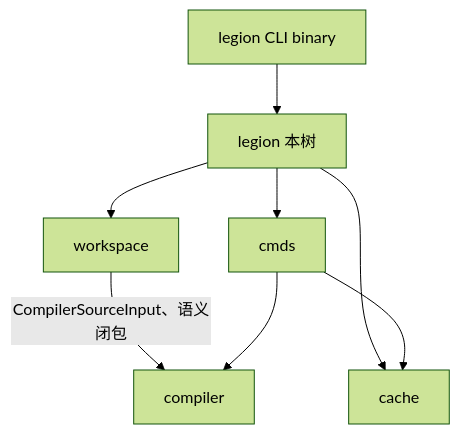
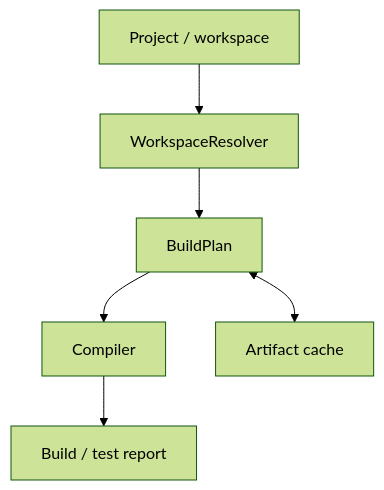
Before and after one commit to nyar-vm/nyar-vm: the diagram in projects/nyar.rs/languages/rusty-valkyrie/src/legion/readme.md, drawn with Mermaid (forest theme). The commit also changed other lines of this file and 26 other files, not shown here.

Commit message:
♻️ Expose a programmatic Legion plan/compile API and remove the argv CLI module

````diff
--- a/projects/nyar.rs/languages/rusty-valkyrie/src/legion/readme.md
+++ b/projects/nyar.rs/languages/rusty-valkyrie/src/legion/readme.md
@@ -7,17 +7,12 @@
 ```mermaid
 flowchart TB
-  cli[legion CLI binary]
-  legion[legion 本树]
-  ws[workspace]
-  cache[cache]
-  cmds[cmds]
-  compiler[compiler]
+  project[Project / workspace]
+  resolver[WorkspaceResolver]
+  plan[BuildPlan]
+  compiler[Compiler]
+  report[Build / test report]
+  cache[Artifact cache]
 
-  cli --> legion
-  legion --> ws
-  legion --> cache
-  legion --> cmds
-  ws -->|"CompilerSourceInput、语义闭包"| compiler
-  cmds --> compiler
-  cmds --> cache
+  project --> resolver --> plan --> compiler --> report
+  plan <--> cache
 ```
````
